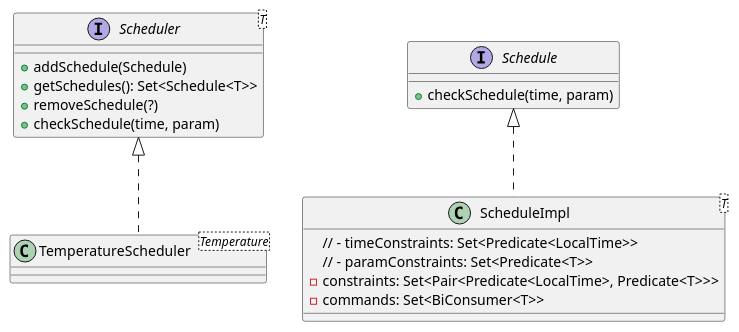
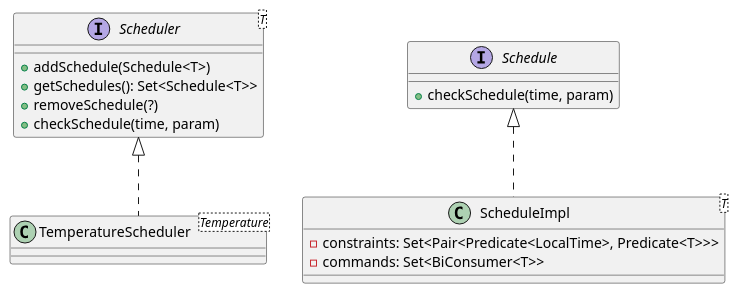
Before and after one commit to progetto-oop-22-23/OOP-report: the diagram in uml/magnani/scheduler.plantuml, drawn with PlantUML.

Commit message:
[uml] update scheduler

```diff
--- a/uml/magnani/scheduler.plantuml
+++ b/uml/magnani/scheduler.plantuml
@@ -1,23 +1,23 @@
 @startuml
 
 interface Scheduler<T> {
-	+ addSchedule(Schedule)
+	+ addSchedule(Schedule<T>)
 	+ getSchedules(): Set<Schedule<T>>
 	+ removeSchedule(?)
 	+ checkSchedule(time, param)
 }
 
 class TemperatureScheduler<Temperature> implements Scheduler {}
 
 interface Schedule {
 	+ checkSchedule(time, param)
 }
 
 class ScheduleImpl<T> implements Schedule {
-	// - timeConstraints: Set<Predicate<LocalTime>>
-	// - paramConstraints: Set<Predicate<T>>
+	' // - timeConstraints: Set<Predicate<LocalTime>>
+	' // - paramConstraints: Set<Predicate<T>>
 	- constraints: Set<Pair<Predicate<LocalTime>, Predicate<T>>>
 	- commands: Set<BiConsumer<T>>
 }
 
 @enduml
```
